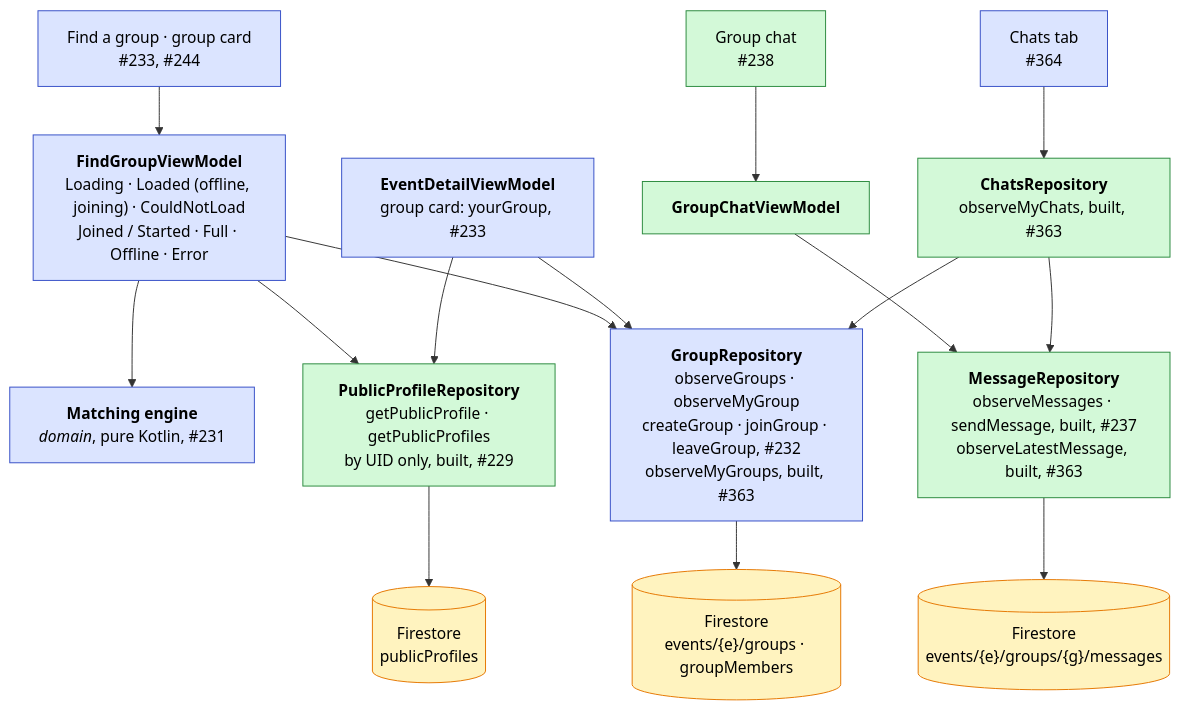
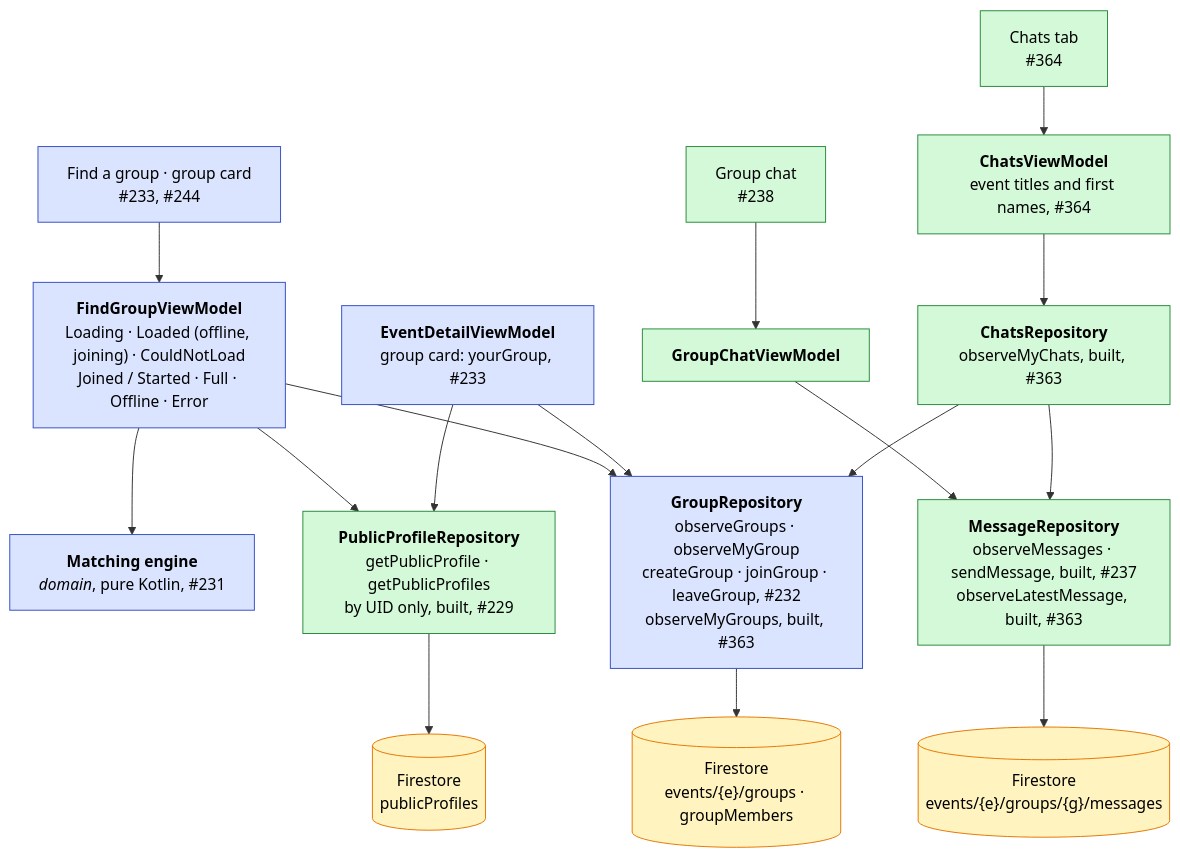
One commit to swent-polysocial/PolySocial changed the sixth of 14 diagrams in docs/Architecture-Diagram.md. Above: the diagram before and after it, drawn with Mermaid. The commit also changed other lines of this file and 1 other file, not shown here.

First line of the commit message:
docs: record the Chats tab

````diff
--- a/docs/Architecture-Diagram.md
+++ b/docs/Architecture-Diagram.md
@@ -240,21 +241,21 @@
 ```mermaid
 flowchart TB
   classDef pb fill:#dbe4ff,stroke:#364fc7,color:#000
   classDef ext fill:#fff3bf,stroke:#e67700,color:#000
 
   classDef s1 fill:#d3f9d8,stroke:#2b8a3e,color:#000
 
   find["Find a group · group card<br/>#233, #244"]:::pb --> findVM["<b>FindGroupViewModel</b><br/>Loading · Loaded (offline, joining) · CouldNotLoad<br/>Joined / Started · Full · Offline · Error"]:::pb
   findVM --> match["<b>Matching engine</b><br/><i>domain</i>, pure Kotlin, #231"]:::pb
   findVM --> groups["<b>GroupRepository</b><br/>observeGroups · observeMyGroup<br/>createGroup · joinGroup · leaveGroup, #232<br/>observeMyGroups, built, #363"]:::pb
   findVM --> pub["<b>PublicProfileRepository</b><br/>getPublicProfile · getPublicProfiles<br/>by UID only, built, #229"]:::s1
   detailVM["<b>EventDetailViewModel</b><br/>group card: yourGroup, #233"]:::pb --> groups
   detailVM --> pub
   chat["Group chat<br/>#238"]:::s1 --> chatVM["<b>GroupChatViewModel</b>"]:::s1 --> msgs["<b>MessageRepository</b><br/>observeMessages · sendMessage, built, #237<br/>observeLatestMessage, built, #363"]:::s1
-  chatsTab["Chats tab<br/>#364"]:::pb --> chatList["<b>ChatsRepository</b><br/>observeMyChats, built, #363"]:::s1
+  chatsTab["Chats tab<br/>#364"]:::s1 --> chatsVM["<b>ChatsViewModel</b><br/>event titles and first names, #364"]:::s1 --> chatList["<b>ChatsRepository</b><br/>observeMyChats, built, #363"]:::s1
   chatList --> groups
   chatList --> msgs
   groups --> fs[("Firestore<br/>events/{e}/groups · groupMembers")]:::ext
   pub --> fs2[("Firestore<br/>publicProfiles")]:::ext
   msgs --> fs3[("Firestore<br/>events/{e}/groups/{g}/messages")]:::ext
 ```
````
